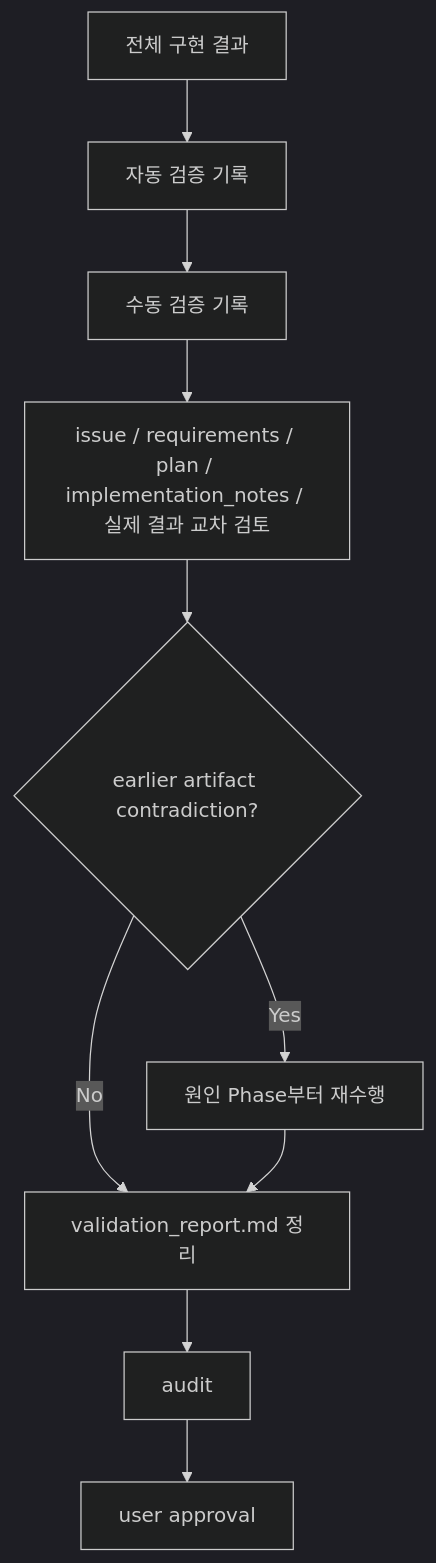
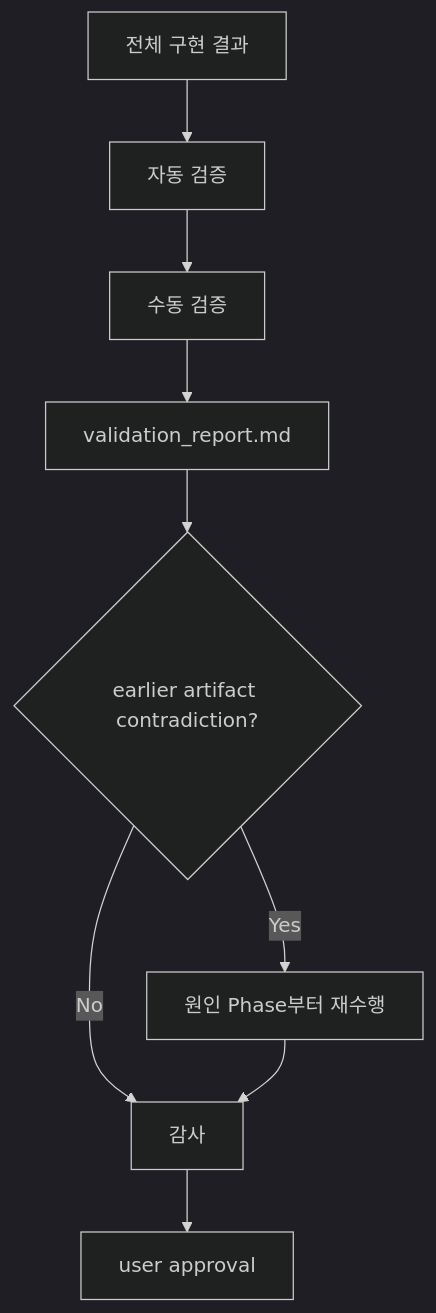
The eighth of 9 diagrams in README.md (JisungValue/harness-kit), drawn with Mermaid (dark theme) before and after one commit. The commit also changed other lines of this file, not shown here.

Commit message:
refocus README on downstream harness flow

````diff
--- a/README.md
+++ b/README.md
@@ -171,12 +137,11 @@
 ```mermaid
 flowchart TD
-    A[전체 구현 결과] --> B[자동 검증 기록]
-    B --> C[수동 검증 기록]
-    C --> D[issue / requirements / plan / implementation_notes / 실제 결과 교차 검토]
+    A[전체 구현 결과] --> B[자동 검증]
+    B --> C[수동 검증]
+    C --> D[validation_report.md]
     D --> E{earlier artifact contradiction?}
     E -->|Yes| F[원인 Phase부터 재수행]
-    E -->|No| G[validation_report.md 정리]
+    E -->|No| G[감사]
     F --> G
-    G --> H[audit]
-    H --> I[user approval]
+    G --> H[user approval]
 ```
````
